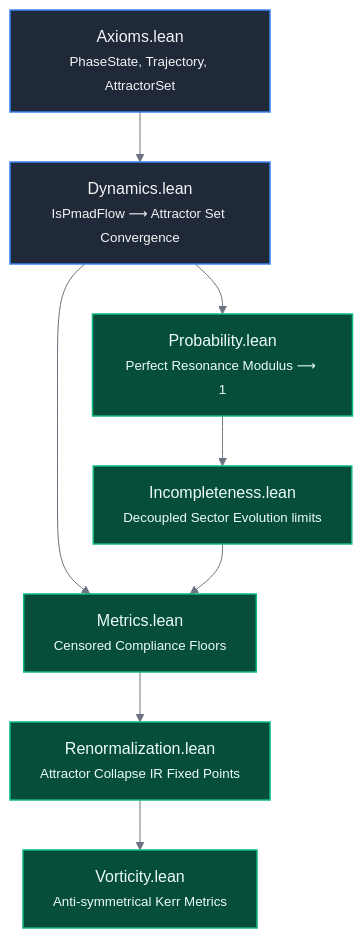
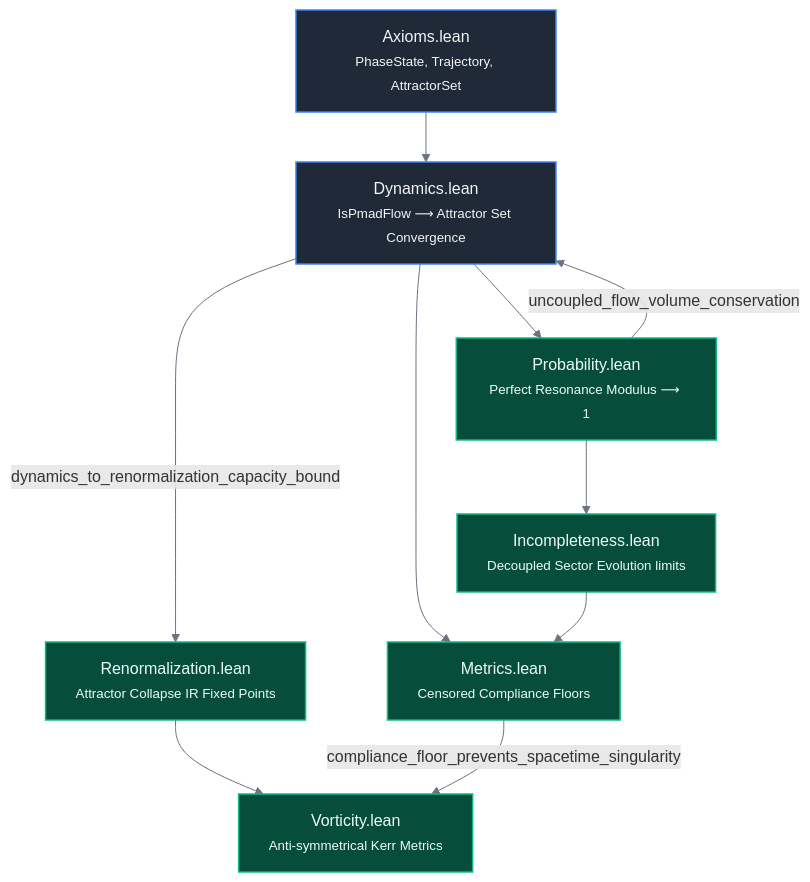
Before and after one commit to cinquemb/PMAD-lean: the diagram in README.md, drawn with Mermaid. The commit also changed other lines of this file and 3 other files, not shown here.

````diff
--- a/README.md
+++ b/README.md
@@ -24,23 +24,26 @@
 ```mermaid
 graph TD
     %% Nodes Style Configuration
     classDef default fill:#1f2328,stroke:#30363d,stroke-width:1px,color:#e6edf3;
     classDef primary fill:#1f2937,stroke:#3b82f6,stroke-width:1.5px,color:#f3f4f6;
     classDef success fill:#064e3b,stroke:#10b981,stroke-width:1.5px,color:#ecfdf5;
 
     %% Workflow Connections
     A[Axioms.lean<br><small>PhaseState, Trajectory, AttractorSet</small>]:::primary --> B[Dynamics.lean<br><small>IsPmadFlow ⟶ Attractor Set Convergence</small>]:::primary
     
     B --> C[Probability.lean<br><small>Perfect Resonance Modulus ⟶ 1</small>]:::success
     B --> D[Metrics.lean<br><small>Censored Compliance Floors</small>]:::success
     
     C --> G[Incompleteness.lean<br><small>Decoupled Sector Evolution limits</small>]:::success
     
-    D --> E[Renormalization.lean<br><small>Attractor Collapse IR Fixed Points</small>]:::success
+    %% Inter-module link loops
+    C -- "uncoupled_flow_volume_conservation" --> B
+    B -- "dynamics_to_renormalization_capacity_bound" --> E[Renormalization.lean<br><small>Attractor Collapse IR Fixed Points</small>]:::success
     E --> F[Vorticity.lean<br><small>Anti-symmetrical Kerr Metrics</small>]:::success
+    D -- "compliance_floor_prevents_spacetime_singularity" --> F
     
     G --> D
 
     %% Link adjustments
     linkStyle default stroke:#6b7280,stroke-width:1px;
 ```
````
